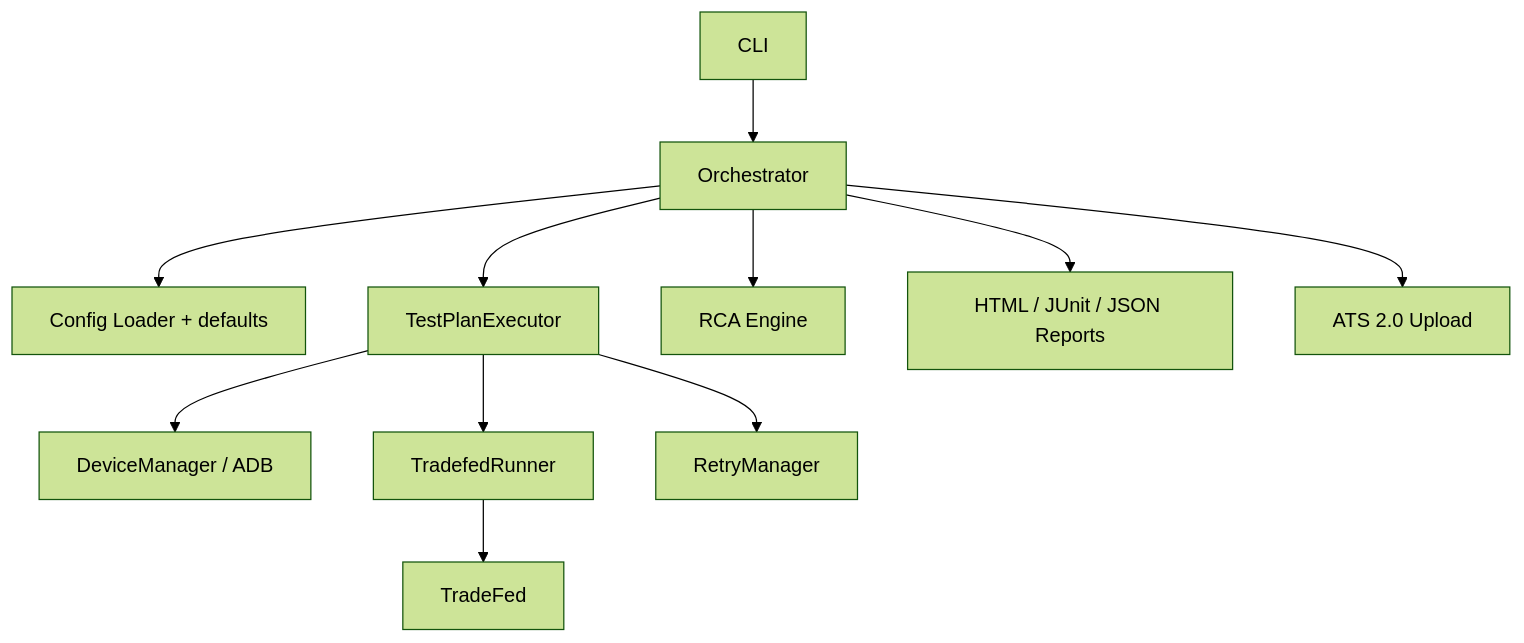
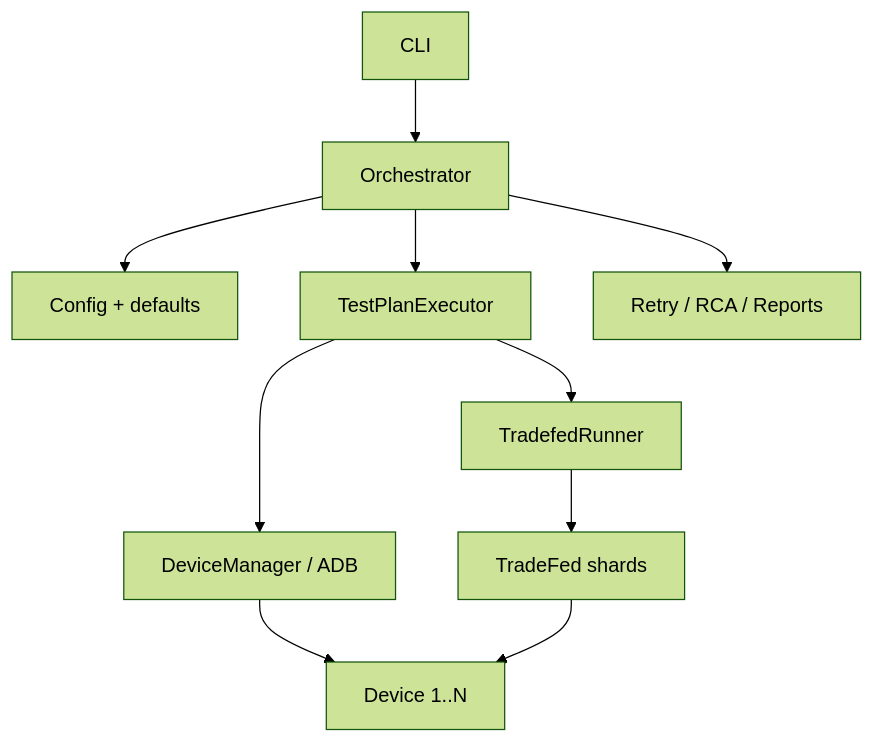
Before and after one commit to hemangpandhi/xTS-Agent: the diagram in README.md, drawn with Mermaid (forest theme). The commit also changed other lines of this file and 2 other files, not shown here.

First line of the commit message:
Expand README for new-machine setup, multi-device, and Docker.

````diff
--- a/README.md
+++ b/README.md
@@ -199,13 +311,12 @@
 ```mermaid
 graph TD
     A[CLI] --> B[Orchestrator]
-    B --> C[Config Loader + defaults]
+    B --> C[Config + defaults]
     B --> D[TestPlanExecutor]
     D --> E[DeviceManager / ADB]
     D --> F[TradefedRunner]
-    F --> G[TradeFed]
-    D --> H[RetryManager]
-    B --> I[RCA Engine]
-    B --> J[HTML / JUnit / JSON Reports]
-    B --> K[ATS 2.0 Upload]
+    F --> G[TradeFed shards]
+    E --> H[Device 1..N]
+    G --> H
+    B --> I[Retry / RCA / Reports]
 ```
````
